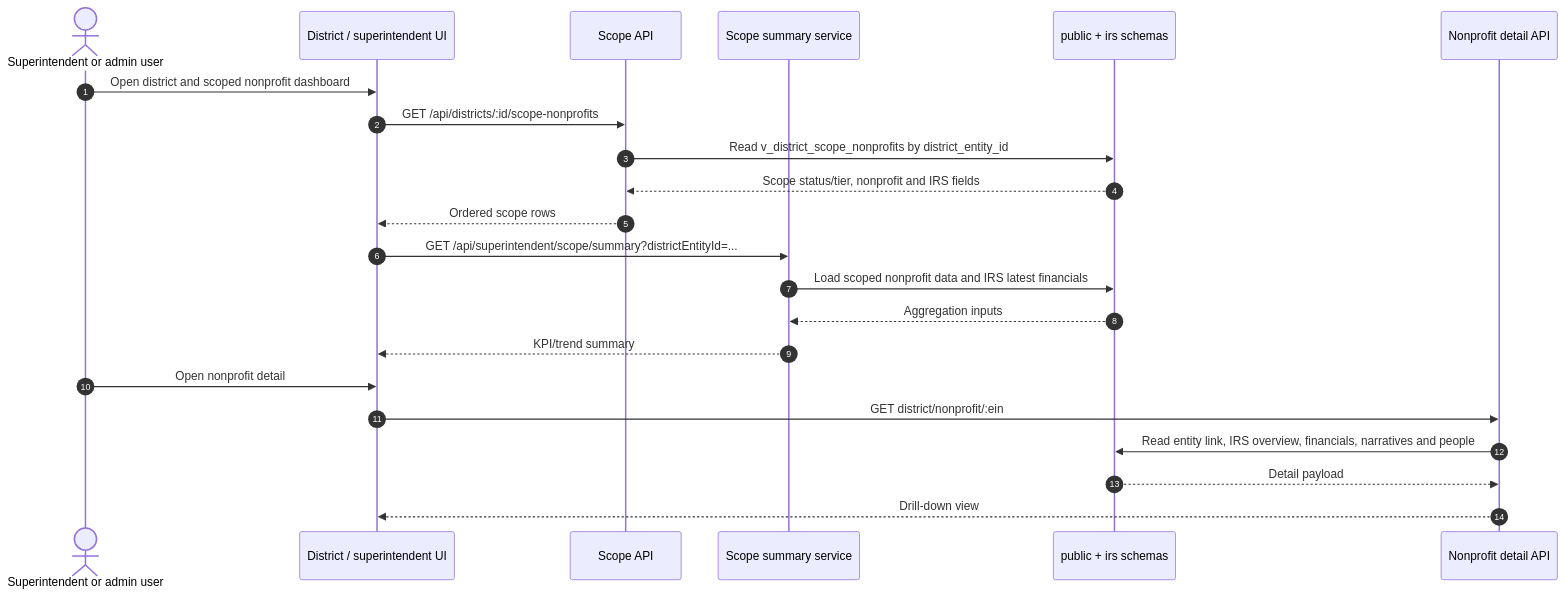
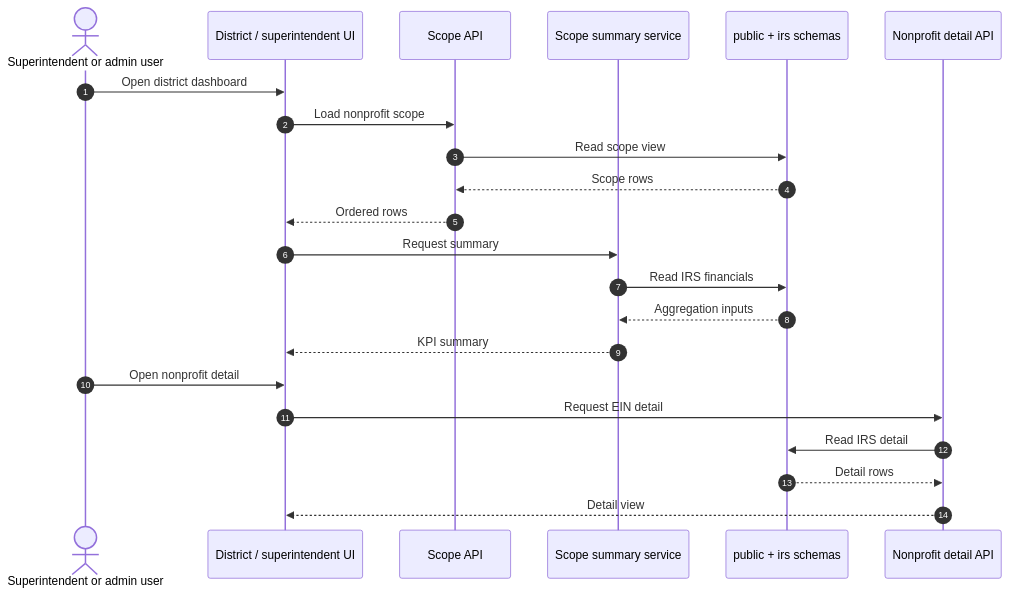
One commit to brianwjohnson/tbd changed the third of 6 diagrams in docs/architecture/04-key-business-workflows.md. Above: the diagram before and after it, drawn with Mermaid. The commit also changed other lines of this file and 2 other files, not shown here.

Commit message:
solution architecture diagrams

````diff
--- a/docs/architecture/04-key-business-workflows.md
+++ b/docs/architecture/04-key-business-workflows.md
@@ -49,25 +49,25 @@
 ```mermaid
 sequenceDiagram
   autonumber
   actor U as Superintendent or admin user
   participant UI as District / superintendent UI
   participant Scope as Scope API
   participant Summary as Scope summary service
   participant DB as public + irs schemas
   participant Detail as Nonprofit detail API
 
-  U->>UI: Open district and scoped nonprofit dashboard
-  UI->>Scope: GET /api/districts/:id/scope-nonprofits
-  Scope->>DB: Read v_district_scope_nonprofits by district_entity_id
-  DB-->>Scope: Scope status/tier, nonprofit and IRS fields
-  Scope-->>UI: Ordered scope rows
-  UI->>Summary: GET /api/superintendent/scope/summary?districtEntityId=...
-  Summary->>DB: Load scoped nonprofit data and IRS latest financials
+  U->>UI: Open district dashboard
+  UI->>Scope: Load nonprofit scope
+  Scope->>DB: Read scope view
+  DB-->>Scope: Scope rows
+  Scope-->>UI: Ordered rows
+  UI->>Summary: Request summary
+  Summary->>DB: Read IRS financials
   DB-->>Summary: Aggregation inputs
-  Summary-->>UI: KPI/trend summary
+  Summary-->>UI: KPI summary
   U->>UI: Open nonprofit detail
-  UI->>Detail: GET district/nonprofit/:ein
-  Detail->>DB: Read entity link, IRS overview, financials, narratives and people
-  DB-->>Detail: Detail payload
-  Detail-->>UI: Drill-down view
+  UI->>Detail: Request EIN detail
+  Detail->>DB: Read IRS detail
+  DB-->>Detail: Detail rows
+  Detail-->>UI: Detail view
 ```
````
